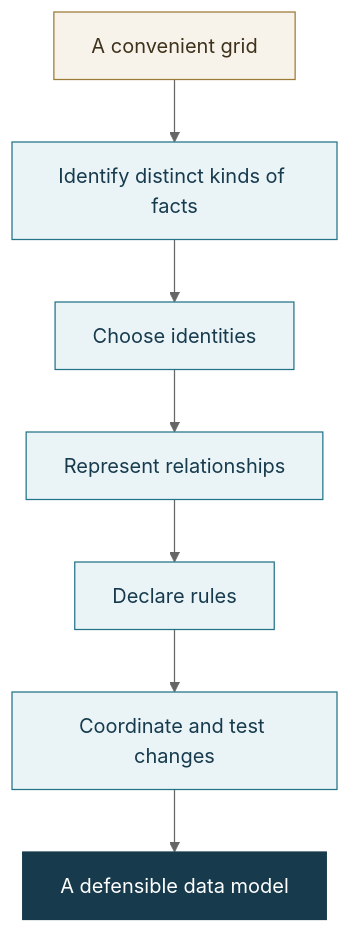
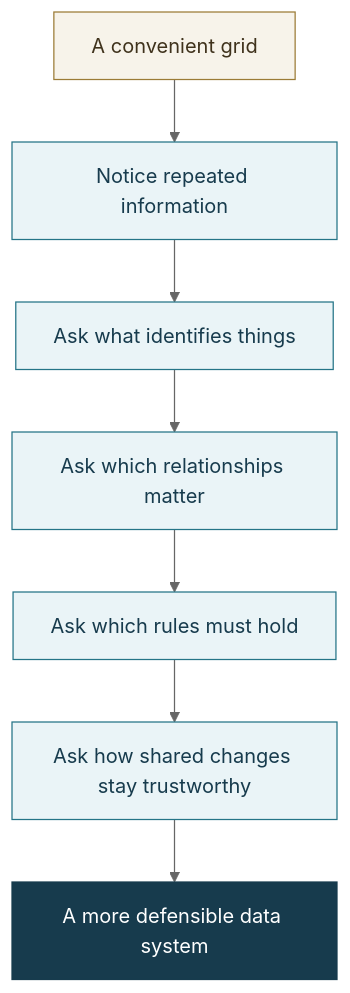
The fifth of 5 diagrams in lectures/week-01-database-or-spreadsheet.qmd (JacobDowns/CSCI340), drawn with Mermaid (neutral theme) before and after one commit. The commit also changed other lines of this file and 11 other files, not shown here.

````diff
--- a/lectures/week-01-database-or-spreadsheet.qmd
+++ b/lectures/week-01-database-or-spreadsheet.qmd
@@ -473,16 +529,16 @@
 ```{mermaid}
 flowchart TD
-    A["A convenient grid"] --> B["Identify distinct kinds of facts"]
-    B --> C["Choose identities"]
-    C --> D["Represent relationships"]
-    D --> E["Declare rules"]
-    E --> F["Coordinate and test changes"]
-    F --> G["A defensible data model"]
+    A["A convenient grid"] --> B["Notice repeated information"]
+    B --> C["Ask what identifies things"]
+    C --> D["Ask which relationships matter"]
+    D --> E["Ask which rules must hold"]
+    E --> F["Ask how shared changes stay trustworthy"]
+    F --> G["A more defensible data system"]
 
     classDef start fill:#f7f3ea,stroke:#9b7b36,color:#3f321c;
     classDef process fill:#eaf4f7,stroke:#247487,color:#173b4d;
     classDef finish fill:#173b4d,stroke:#173b4d,color:#ffffff;
     class A start;
     class B,C,D,E,F process;
     class G finish;
 ```
````
